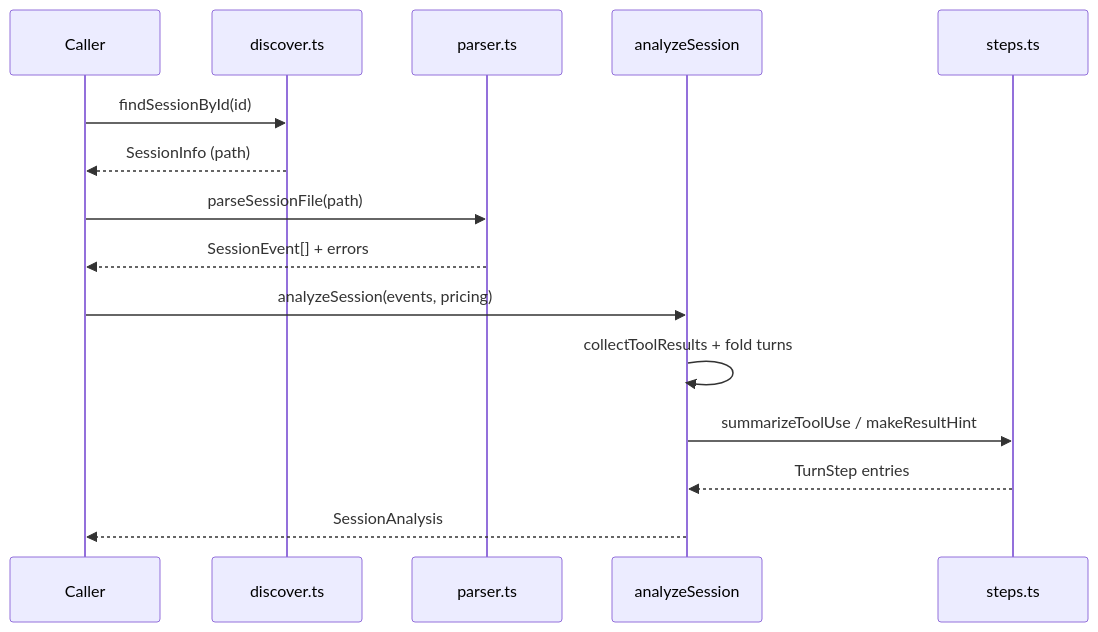
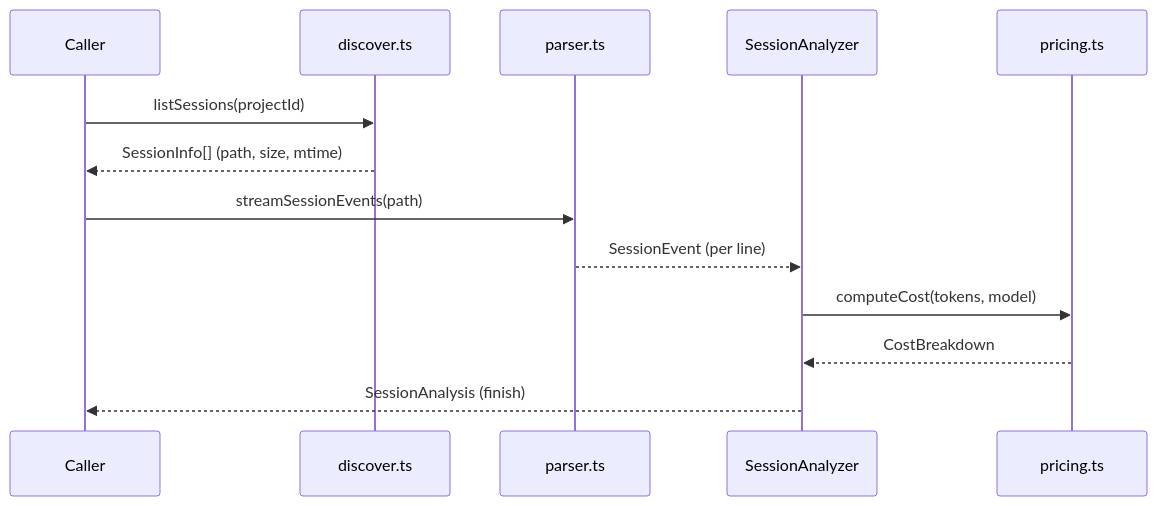
Before and after one commit to yorch/cc-analyzer: the second of 2 diagrams in wiki/2-core-analysis-engine.md, drawn with Mermaid. The commit also changed other lines of this file and 19 other files, not shown here.

````diff
--- a/wiki/2-core-analysis-engine.md
+++ b/wiki/2-core-analysis-engine.md
@@ -103,18 +108,16 @@
 ```mermaid
 sequenceDiagram
     participant Caller
-    participant discover as discover.ts
-    participant parser as parser.ts
-    participant analyze as analyzeSession
-    participant steps as steps.ts
+    participant discover.ts
+    participant parser.ts
+    participant SessionAnalyzer
+    participant pricing.ts
 
-    Caller->>discover: findSessionById(id)
-    discover-->>Caller: SessionInfo (path)
-    Caller->>parser: parseSessionFile(path)
-    parser-->>Caller: SessionEvent[] + errors
-    Caller->>analyze: analyzeSession(events, pricing)
-    analyze->>analyze: collectToolResults + fold turns
-    analyze->>steps: summarizeToolUse / makeResultHint
-    steps-->>analyze: TurnStep entries
-    analyze-->>Caller: SessionAnalysis
+    Caller->>discover.ts: listSessions(projectId)
+    discover.ts-->>Caller: SessionInfo[] (path, size, mtime)
+    Caller->>parser.ts: streamSessionEvents(path)
+    parser.ts-->>SessionAnalyzer: SessionEvent (per line)
+    SessionAnalyzer->>pricing.ts: computeCost(tokens, model)
+    pricing.ts-->>SessionAnalyzer: CostBreakdown
+    SessionAnalyzer-->>Caller: SessionAnalysis (finish)
 ```
````
